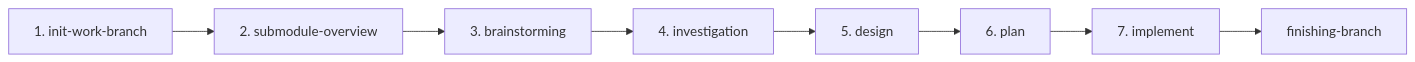
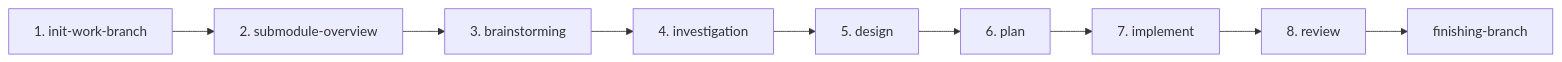
The first of 4 diagrams in README.md (NagasakaH/dev-process), drawn with Mermaid before and after one commit. The commit also changed other lines of this file and 3 other files, not shown here.

````diff
--- a/README.md
+++ b/README.md
@@ -47,10 +47,11 @@
 ```mermaid
 flowchart LR
     init[1. init-work-branch] --> overview[2. submodule-overview]
     overview --> brainstorm[3. brainstorming]
     brainstorm --> investigation[4. investigation]
     investigation --> design[5. design]
     design --> plan[6. plan]
     plan --> implement[7. implement]
-    implement --> finish[finishing-branch]
+    implement --> review[8. review]
+    review --> finish[finishing-branch]
 ```
````
